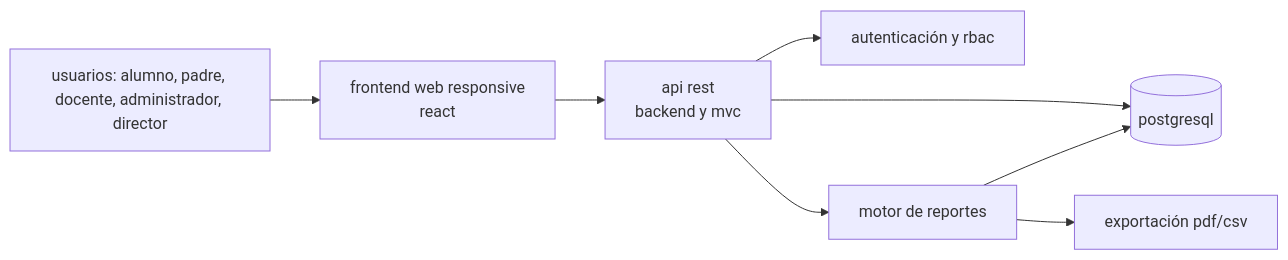
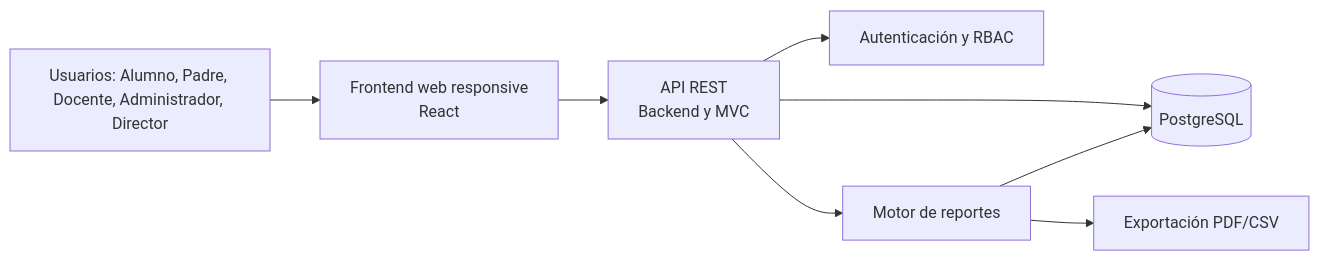
One commit to kahnaisehC/educar-para-transformar changed the second of 4 diagrams in docs/planDeTrabajo.md. Above: the diagram before and after it, drawn with Mermaid. The commit also changed other lines of this file and 3 other files, not shown here.

````diff
--- a/docs/planDeTrabajo.md
+++ b/docs/planDeTrabajo.md
@@ -232,18 +262,18 @@
 ```mermaid
  flowchart LR
-     u["usuarios: alumno, padre, docente, administrador, director"]
-     fe["frontend web responsive<br/>react"]
-     api["api rest<br/>backend y mvc"]
-     auth["autenticación y rbac"]
-     db[("postgresql")]
-     rep["motor de reportes"]
-     ext["exportación pdf/csv"]
+     u["Usuarios: Alumno, Padre, Docente, Administrador, Director"]
+     fe["Frontend web responsive<br/>React"]
+     api["API REST<br/>Backend y MVC"]
+     auth["Autenticación y RBAC"]
+     db[("PostgreSQL")]
+     rep["Motor de reportes"]
+     ext["Exportación PDF/CSV"]
 
     u --> fe
     fe --> api
     api --> auth
     api --> db
     api --> rep
     rep --> db
     rep --> ext
 ```
````
